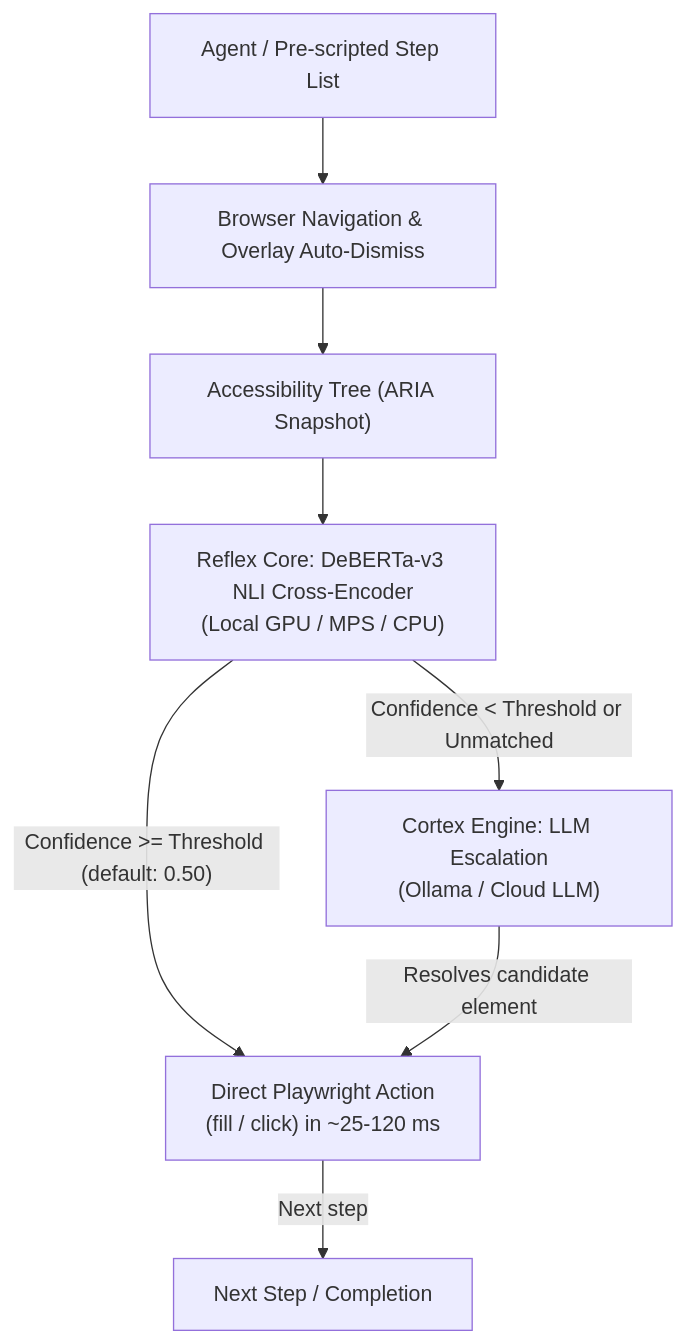
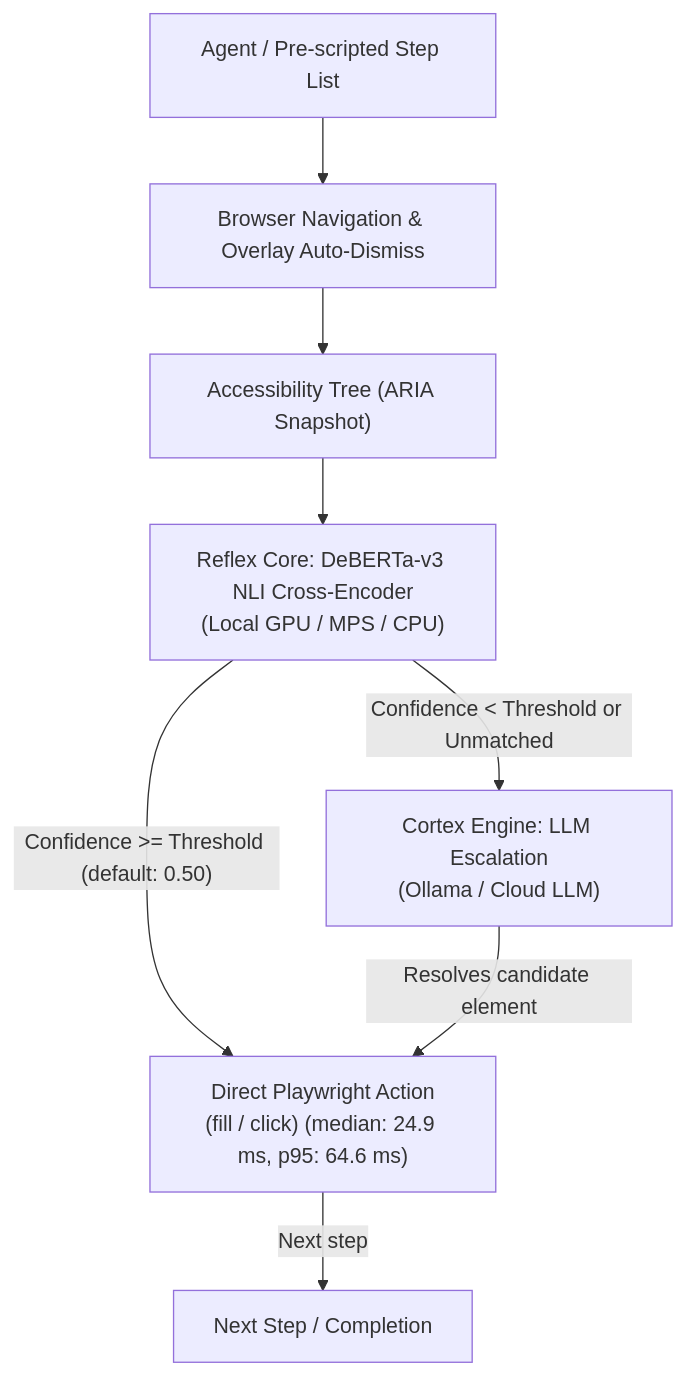
The diagram in README.md (mikita12/cognitive-browser), drawn with Mermaid before and after one commit. The commit also changed other lines of this file and 12 other files, not shown here.

````diff
--- a/README.md
+++ b/README.md
@@ -33,14 +33,14 @@
 ```mermaid
 flowchart TD
     User["Agent / Pre-scripted Step List"] --> Nav["Browser Navigation & Overlay Auto-Dismiss"]
     Nav --> Snapshot["Accessibility Tree (ARIA Snapshot)"]
     
     Snapshot --> Reflex["Reflex Core: DeBERTa-v3 NLI Cross-Encoder\n(Local GPU / MPS / CPU)"]
     
-    Reflex -- "Confidence >= Threshold (default: 0.50)" --> Exec["Direct Playwright Action\n(fill / click) in ~25-120 ms"]
+    Reflex -- "Confidence >= Threshold (default: 0.50)" --> Exec["Direct Playwright Action\n(fill / click) (median: 24.9 ms, p95: 64.6 ms)"]
     
     Reflex -- "Confidence < Threshold or Unmatched" --> Cortex["Cortex Engine: LLM Escalation\n(Ollama / Cloud LLM)"]
     Cortex -->|"Resolves candidate element"| Exec
     
     Exec -->|"Next step"| Next["Next Step / Completion"]
 ```
````
